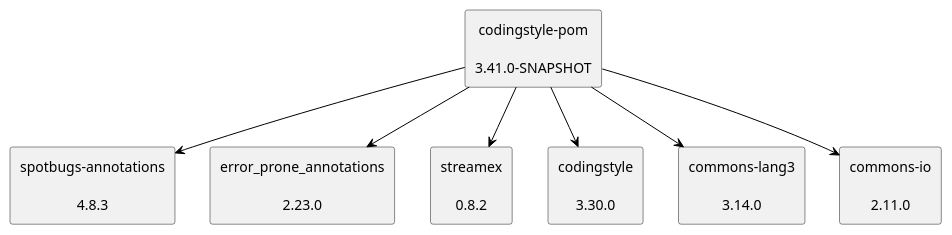
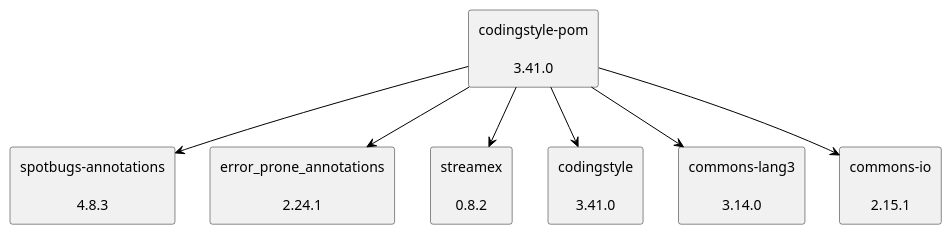
The diagram in doc/dependency-graph.puml (uhafner/codingstyle-pom), drawn with PlantUML before and after one commit. The commit also changed 2 other files, not shown here.

Commit message:
Use a profile for to create the dependencies' graph.

```diff
--- a/doc/dependency-graph.puml
+++ b/doc/dependency-graph.puml
@@ -1,22 +1,22 @@
 @startuml
 skinparam defaultTextAlignment center
 skinparam rectangle {
   BackgroundColor<<optional>> beige
   BackgroundColor<<test>> lightGreen
   BackgroundColor<<runtime>> lightBlue
   BackgroundColor<<provided>> lightGray
 }
-rectangle "codingstyle-pom\n\n3.41.0-SNAPSHOT" as edu_hm_hafner_codingstyle_pom_pom
+rectangle "codingstyle-pom\n\n3.41.0" as edu_hm_hafner_codingstyle_pom_pom
 rectangle "spotbugs-annotations\n\n4.8.3" as com_github_spotbugs_spotbugs_annotations_jar
-rectangle "error_prone_annotations\n\n2.23.0" as com_google_errorprone_error_prone_annotations_jar
+rectangle "error_prone_annotations\n\n2.24.1" as com_google_errorprone_error_prone_annotations_jar
 rectangle "streamex\n\n0.8.2" as one_util_streamex_jar
-rectangle "codingstyle\n\n3.30.0" as edu_hm_hafner_codingstyle_jar
+rectangle "codingstyle\n\n3.41.0" as edu_hm_hafner_codingstyle_jar
 rectangle "commons-lang3\n\n3.14.0" as org_apache_commons_commons_lang3_jar
-rectangle "commons-io\n\n2.11.0" as commons_io_commons_io_jar
+rectangle "commons-io\n\n2.15.1" as commons_io_commons_io_jar
 edu_hm_hafner_codingstyle_pom_pom -[#000000]-> com_github_spotbugs_spotbugs_annotations_jar
 edu_hm_hafner_codingstyle_pom_pom -[#000000]-> com_google_errorprone_error_prone_annotations_jar
 edu_hm_hafner_codingstyle_pom_pom -[#000000]-> one_util_streamex_jar
 edu_hm_hafner_codingstyle_pom_pom -[#000000]-> edu_hm_hafner_codingstyle_jar
 edu_hm_hafner_codingstyle_pom_pom -[#000000]-> org_apache_commons_commons_lang3_jar
 edu_hm_hafner_codingstyle_pom_pom -[#000000]-> commons_io_commons_io_jar
 @enduml
```
